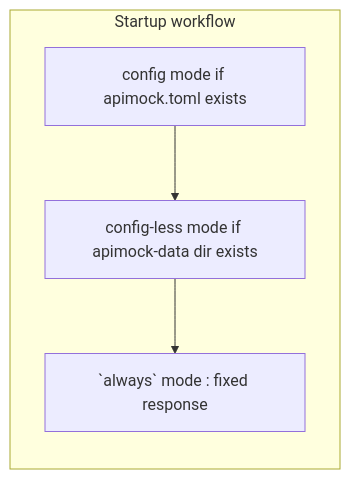
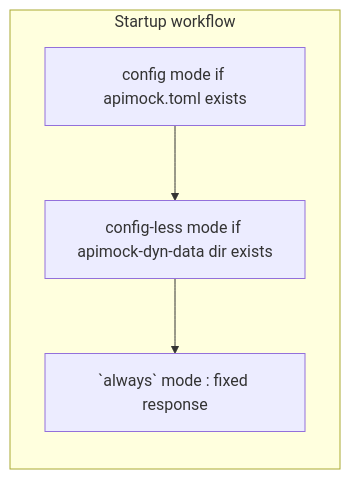
Before and after one commit to nabbisen/apimock-rs: the first of 2 diagrams in docs/SPECS.md, drawn with Mermaid. The commit also changed 11 other files, not shown here.

Commit message:
fix release assets lost config example; `dyn_data_dir` is renamed to "apimock-dyn-data"

````diff
--- a/docs/SPECS.md
+++ b/docs/SPECS.md
@@ -13,8 +13,8 @@
 ```mermaid
 graph
     subgraph Startup workflow
         direction TB
-        A[config mode if apimock.toml exists] --> B[config-less mode if apimock-data dir exists]
+        A[config mode if apimock.toml exists] --> B[config-less mode if apimock-dyn-data dir exists]
         B --> C[`always` mode : fixed response]
     end
 ```
````
